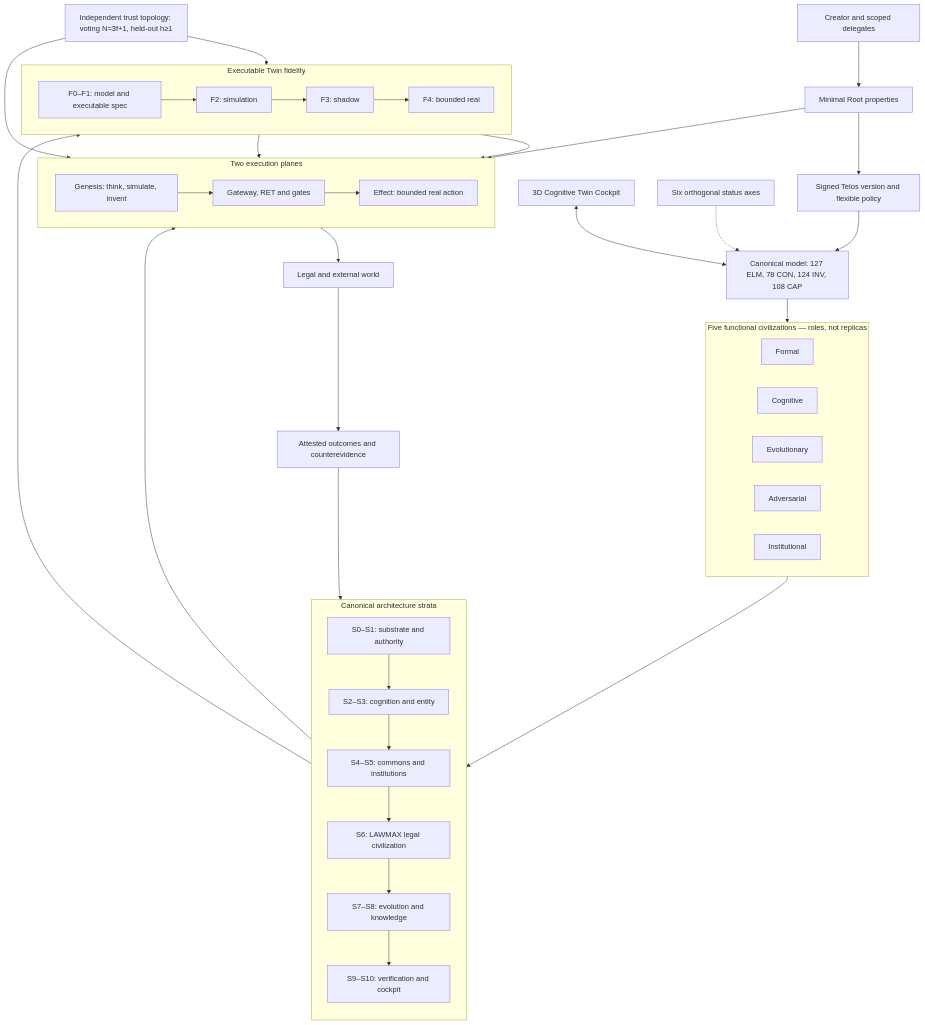
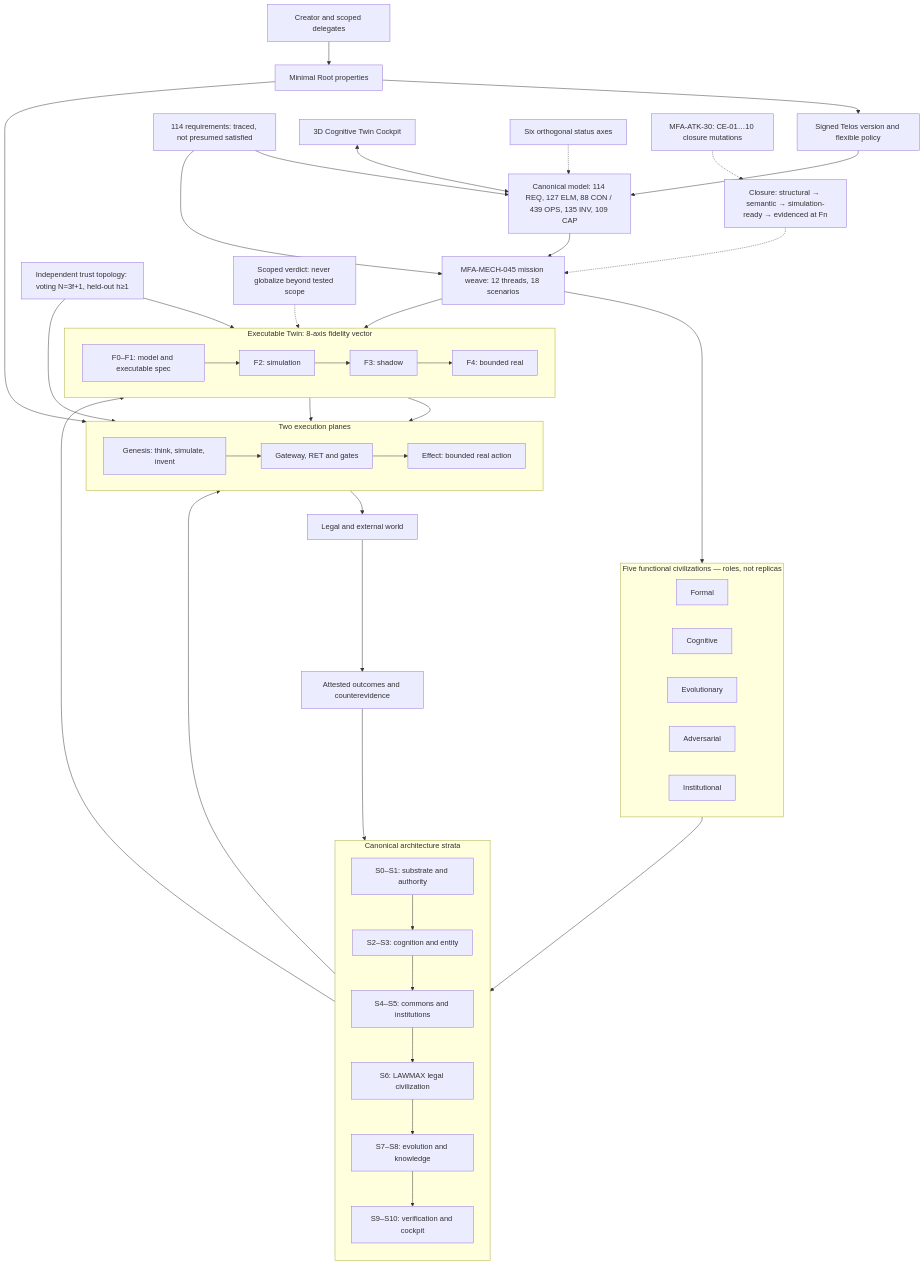
Before and after one commit to andriannadeepmind-gif/grail-architecture: the diagram in docs/discovery/frontier-architecture/diagrams/MFA-DIA-00.mmd, drawn with Mermaid. The commit also changed 38 other files, not shown here.

Commit message:
Frontier architecture 0.4.2 — PROPOSED, UNREVIEWED preservation snapshot

```diff
--- a/docs/discovery/frontier-architecture/diagrams/MFA-DIA-00.mmd
+++ b/docs/discovery/frontier-architecture/diagrams/MFA-DIA-00.mmd
@@ -1,59 +1,66 @@
 %% id: MFA-DIA-00 · Whole-system master map · question: πώς συνδέονται Root, Telos, Πολιτισμοί, strata, planes, twin, trust domains, cockpit και πραγματικός κόσμος;
-%% scope: πλήρης μακροσκοπική όψη· τα MFA-DIA-01…25 είναι οι αναλυτικές προβολές
+%% scope: πλήρης μακροσκοπική όψη· τα MFA-DIA-01…26 είναι οι αναλυτικές προβολές
 flowchart TB
   CREATOR["Creator and scoped delegates"] --> ROOT["Minimal Root properties"]
   ROOT --> TELOS["Signed Telos version and flexible policy"]
-  TELOS --> MODEL["Canonical model: 127 ELM, 78 CON, 124 INV, 108 CAP"]
+  TELOS --> MODEL["Canonical model: 114 REQ, 127 ELM, 88 CON / 439 OPS, 135 INV, 109 CAP"]
+  MODEL --> WEAVE["MFA-MECH-045 mission weave: 12 threads, 18 scenarios"]
+  REQ["114 requirements: traced, not presumed satisfied"] --> MODEL
+  REQ --> WEAVE
 
   subgraph CIV["Five functional civilizations — roles, not replicas"]
     direction LR
     FORMAL["Formal"]
     COG["Cognitive"]
     EVO["Evolutionary"]
     ADV["Adversarial"]
     INST["Institutional"]
   end
-  MODEL --> CIV
+  WEAVE --> CIV
 
   subgraph STRATA["Canonical architecture strata"]
     direction TB
     S01["S0–S1: substrate and authority"]
     S23["S2–S3: cognition and entity"]
     S45["S4–S5: commons and institutions"]
     S6["S6: LAWMAX legal civilization"]
     S78["S7–S8: evolution and knowledge"]
     S910["S9–S10: verification and cockpit"]
     S01 --> S23 --> S45 --> S6 --> S78 --> S910
   end
   CIV --> STRATA
 
   subgraph PLANES["Two execution planes"]
     direction LR
     GEN["Genesis: think, simulate, invent"]
     GATE["Gateway, RET and gates"]
     EFFECT["Effect: bounded real action"]
     GEN --> GATE --> EFFECT
   end
   STRATA --> GEN
 
-  subgraph FIDELITY["Executable Twin fidelity"]
+  subgraph FIDELITY["Executable Twin: 8-axis fidelity vector"]
     direction LR
     F01["F0–F1: model and executable spec"]
     F2["F2: simulation"]
     F3["F3: shadow"]
     F4["F4: bounded real"]
     F01 --> F2 --> F3 --> F4
   end
   STRATA --> F01
+  WEAVE --> F01
   F2 --> GATE
   F3 --> GATE
 
   TRUST["Independent trust topology: voting N=3f+1, held-out h≥1"] --> FIDELITY
   TRUST --> GATE
   EFFECT --> WORLD["Legal and external world"]
   WORLD --> OBS["Attested outcomes and counterevidence"]
   OBS --> STRATA
 
   COCKPIT["3D Cognitive Twin Cockpit"] <--> MODEL
   STATUS["Six orthogonal status axes"] -.-> MODEL
+  CLOSURE["Closure: structural → semantic → simulation-ready → evidenced at Fn"] -.-> WEAVE
+  ATTACK["MFA-ATK-30: CE-01…10 closure mutations"] -.-> CLOSURE
+  VERDICT["Scoped verdict: never globalize beyond tested scope"] -.-> FIDELITY
   ROOT --> GATE
```
